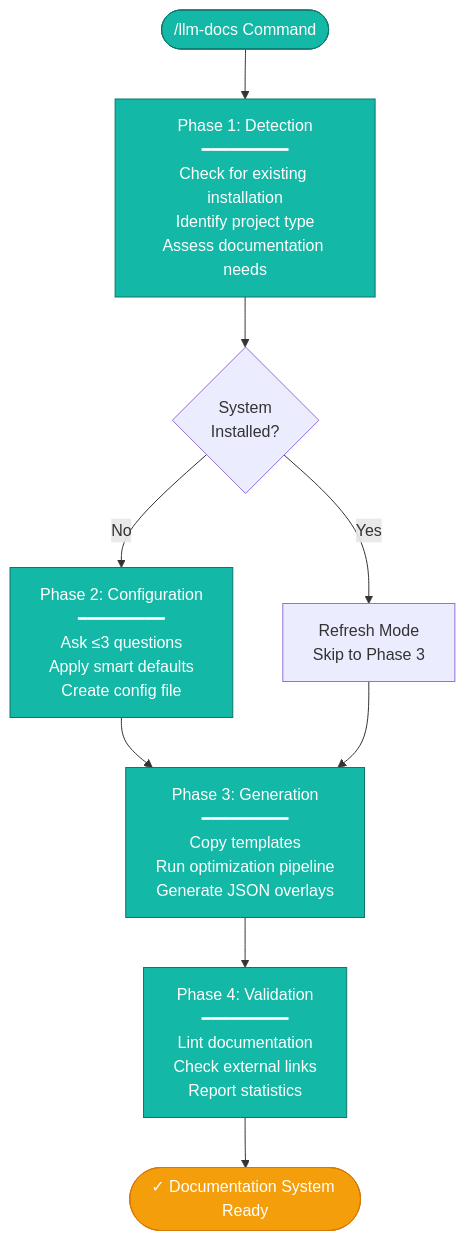
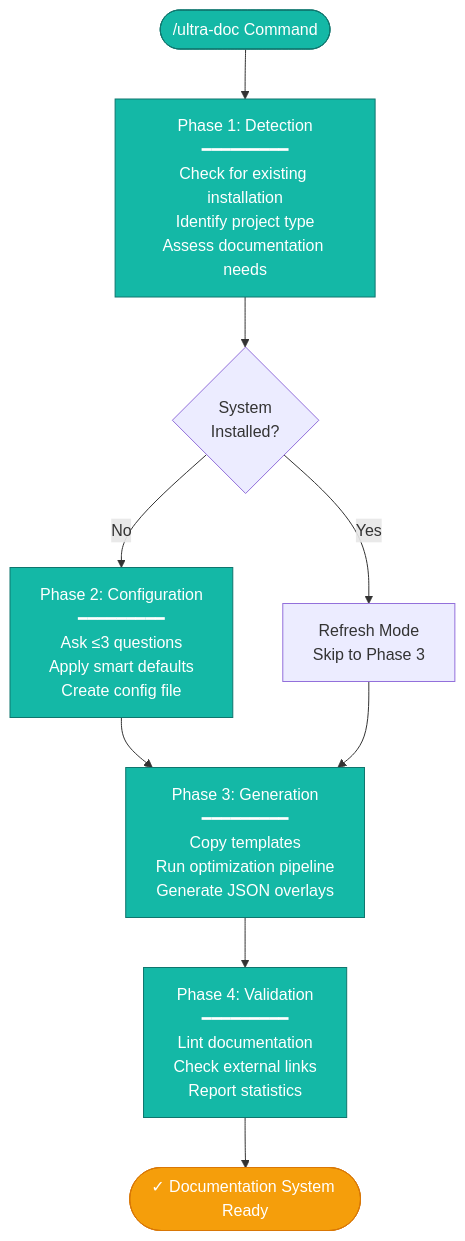
The sixth of 8 diagrams in README.md (justfinethanku/ultra-doc), drawn with Mermaid before and after one commit. The commit also changed other lines of this file and 30 other files, not shown here.

````diff
--- a/README.md
+++ b/README.md
@@ -480,24 +480,24 @@
 ```mermaid
 graph TB
-    Start([/llm-docs Command]) --> Phase1[Phase 1: Detection<br/>━━━━━━━━━<br/>Check for existing installation<br/>Identify project type<br/>Assess documentation needs]
+    Start([/ultra-doc Command]) --> Phase1[Phase 1: Detection<br/>━━━━━━━━━<br/>Check for existing installation<br/>Identify project type<br/>Assess documentation needs]
 
     Phase1 --> Exists{System<br/>Installed?}
 
     Exists -->|Yes| Refresh[Refresh Mode<br/>Skip to Phase 3]
     Exists -->|No| Phase2[Phase 2: Configuration<br/>━━━━━━━━━<br/>Ask ≤3 questions<br/>Apply smart defaults<br/>Create config file]
 
     Phase2 --> Phase3[Phase 3: Generation<br/>━━━━━━━━━<br/>Copy templates<br/>Run optimization pipeline<br/>Generate JSON overlays]
 
     Refresh --> Phase3
 
     Phase3 --> Phase4[Phase 4: Validation<br/>━━━━━━━━━<br/>Lint documentation<br/>Check external links<br/>Report statistics]
 
     Phase4 --> Complete([✓ Documentation System Ready])
 
     style Start fill:#14b8a6,stroke:#0f766e,color:#fff
     style Phase1 fill:#14b8a6,stroke:#0f766e,color:#fff
     style Phase2 fill:#14b8a6,stroke:#0f766e,color:#fff
     style Phase3 fill:#14b8a6,stroke:#0f766e,color:#fff
     style Phase4 fill:#14b8a6,stroke:#0f766e,color:#fff
     style Complete fill:#f59e0b,stroke:#d97706,color:#fff
 ```
````
